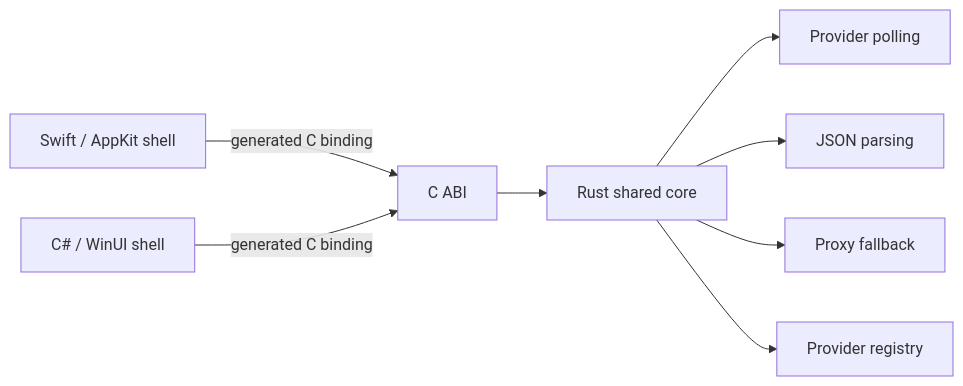
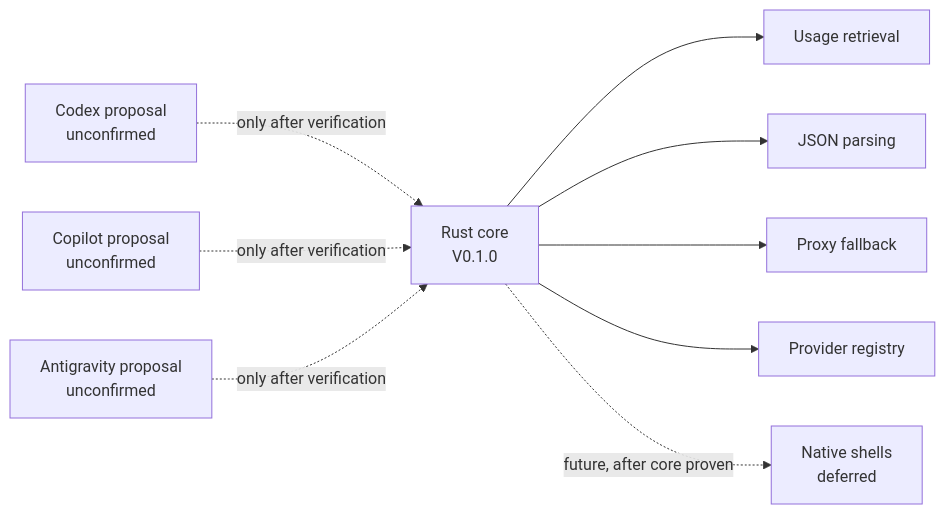
Before and after one commit to g-akrp/albert-ai-usage: the diagram in docs/architecture.md, drawn with Mermaid. The commit also changed other lines of this file and 2 other files, not shown here.

Commit message:
docs: scope v0.1.0 to Rust core

````diff
--- a/docs/architecture.md
+++ b/docs/architecture.md
@@ -21,10 +27,11 @@
 ```mermaid
 flowchart LR
-  M[Swift / AppKit shell] -->|generated C binding| A[C ABI]
-  W[C# / WinUI shell] -->|generated C binding| A
-  A --> R[Rust shared core]
-  R --> P[Provider polling]
+  D[Codex proposal<br/>unconfirmed] -. only after verification .-> R[Rust core<br/>V0.1.0]
+  C[Copilot proposal<br/>unconfirmed] -. only after verification .-> R
+  A[Antigravity proposal<br/>unconfirmed] -. only after verification .-> R
+  R --> P[Usage retrieval]
   R --> J[JSON parsing]
   R --> X[Proxy fallback]
   R --> G[Provider registry]
+  R -. future, after core proven .-> F[Native shells<br/>deferred]
 ```
````
